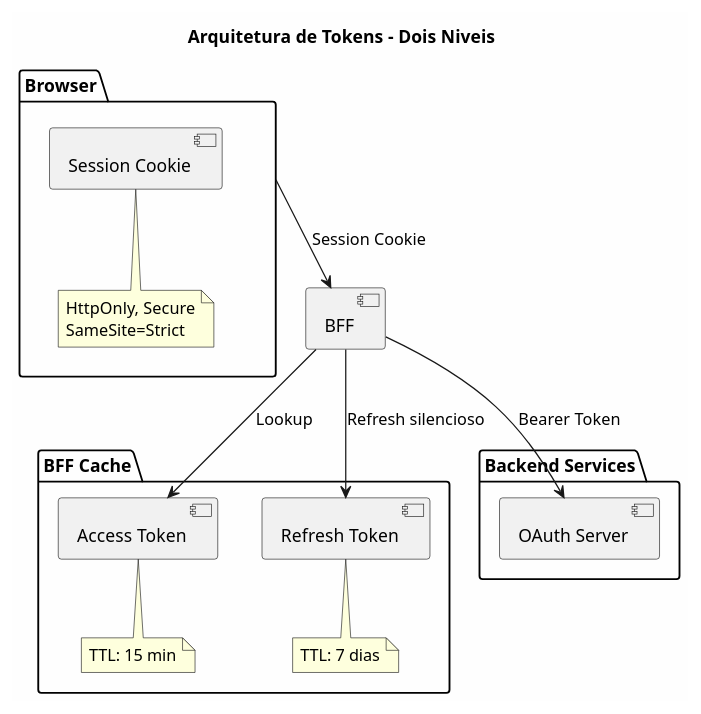
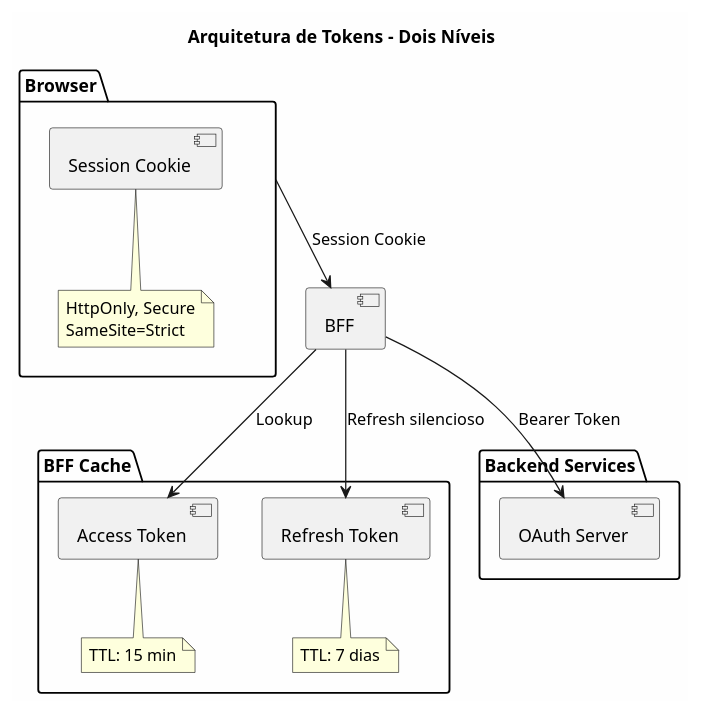
Before and after one commit to beduardo/novobanco_website_doc: the fifth of 5 diagrams in current/sections/SEC-07-autenticacao-autorizacao.md, drawn with PlantUML. The commit also changed other lines of this file and 182 other files, not shown here.

````diff
--- a/current/sections/SEC-07-autenticacao-autorizacao.md
+++ b/current/sections/SEC-07-autenticacao-autorizacao.md
@@ -193,32 +193,32 @@
 ```plantuml
 @startuml
 skinparam backgroundColor #FEFEFE
 
-title Arquitetura de Tokens - Dois Niveis
+title Arquitetura de Tokens - Dois Níveis
 
 package "Browser" {
     [Session Cookie] as SC
     note bottom of SC
         HttpOnly, Secure
         SameSite=Strict
     end note
 }
 
 package "BFF Cache" {
     [Access Token] as AT
     [Refresh Token] as RT
     note bottom of AT : TTL: 15 min
     note bottom of RT : TTL: 7 dias
 }
 
 package "Backend Services" {
     [OAuth Server] as OAUTH
 }
 
 [Browser] --> [BFF] : Session Cookie
 [BFF] --> AT : Lookup
 [BFF] --> RT : Refresh silencioso
 [BFF] --> OAUTH : Bearer Token
 
 @enduml
 ```
````
